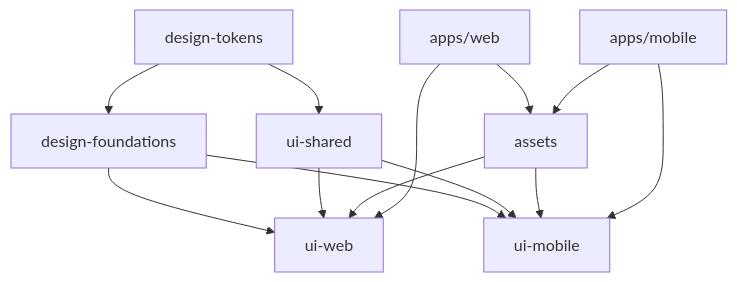
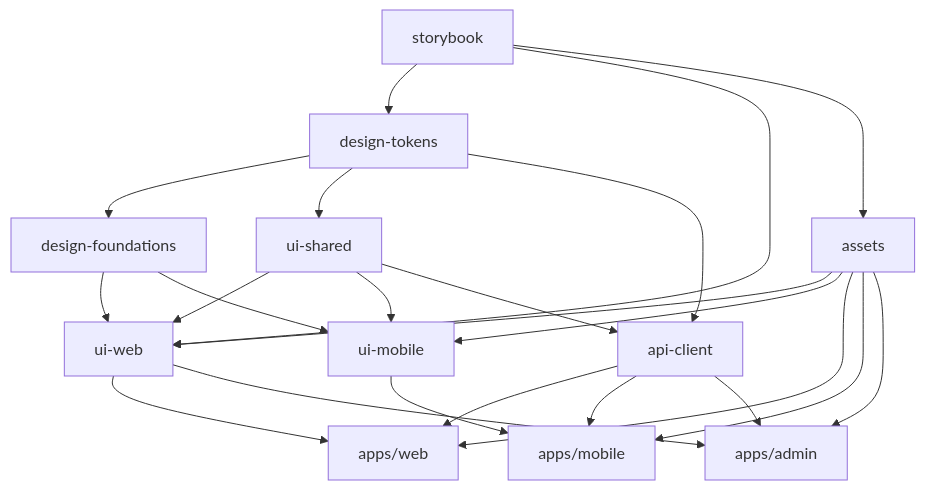
One commit to khjun0321/pickly changed the diagram in pickly_service/docs/PRD.md. Above: the diagram before and after it, drawn with Mermaid. The commit also changed other lines of this file and 1 other file, not shown here.

````diff
--- a/pickly_service/docs/PRD.md
+++ b/pickly_service/docs/PRD.md
@@ -228,15 +403,32 @@
 ```mermaid
 graph TD
     A[design-tokens] --> B[design-foundations]
     A --> C[ui-shared]
-    B --> D[ui-web]
-    B --> E[ui-mobile]
+    A --> D[api-client]
+    
+    B --> E[ui-web]
+    B --> F[ui-mobile]
+    
+    C --> E
+    C --> F
     C --> D
-    C --> E
-    F[assets] --> D
-    F --> E
-    G[apps/web] --> D
+    
+    G[assets] --> E
     G --> F
-    H[apps/mobile] --> E
-    H --> F
+    
+    D --> H[apps/web]
+    D --> I[apps/mobile]
+    D --> J[apps/admin]
+    
+    E --> H
+    E --> J
+    F --> I
+    
+    G --> H
+    G --> I
+    G --> J
+    
+    K[storybook] --> A
+    K --> E
+    K --> G
 ```
````
